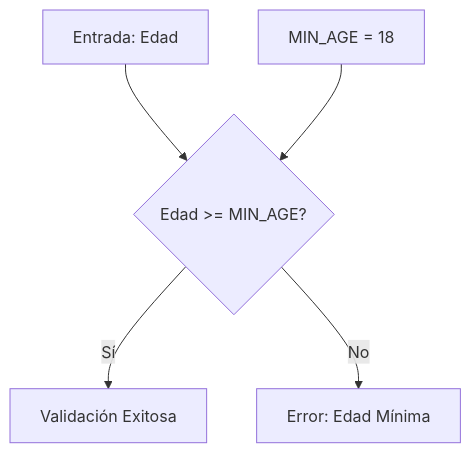
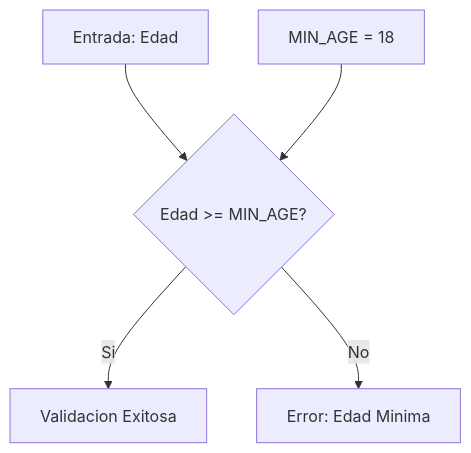
The fourth of 15 diagrams in diagrams/validations.md (santiagoblanco22/calculator_dayana), drawn with Mermaid before and after one commit. The commit also changed other lines of this file and 3 other files, not shown here.

````diff
--- a/diagrams/validations.md
+++ b/diagrams/validations.md
@@ -48,8 +48,8 @@
 ```mermaid
 flowchart TD
     A[Entrada: Edad] --> B{Edad >= MIN_AGE?}
-    B -->|Sí| C[Validación Exitosa]
-    B -->|No| D[Error: Edad Mínima]
+    B -->|Si| C[Validacion Exitosa]
+    B -->|No| D[Error: Edad Minima]
 
     E[MIN_AGE = 18] --> B
 ```
````
